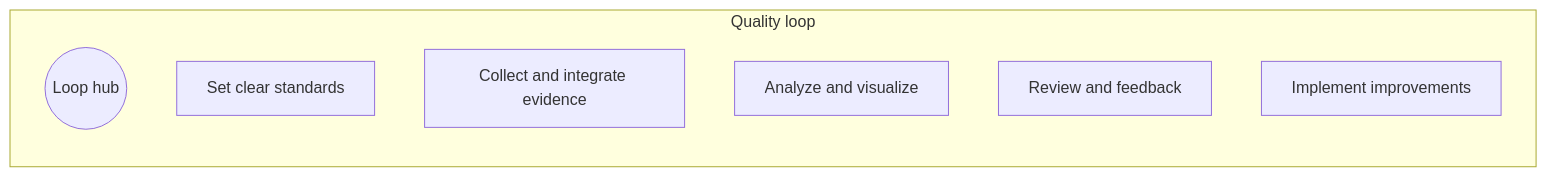
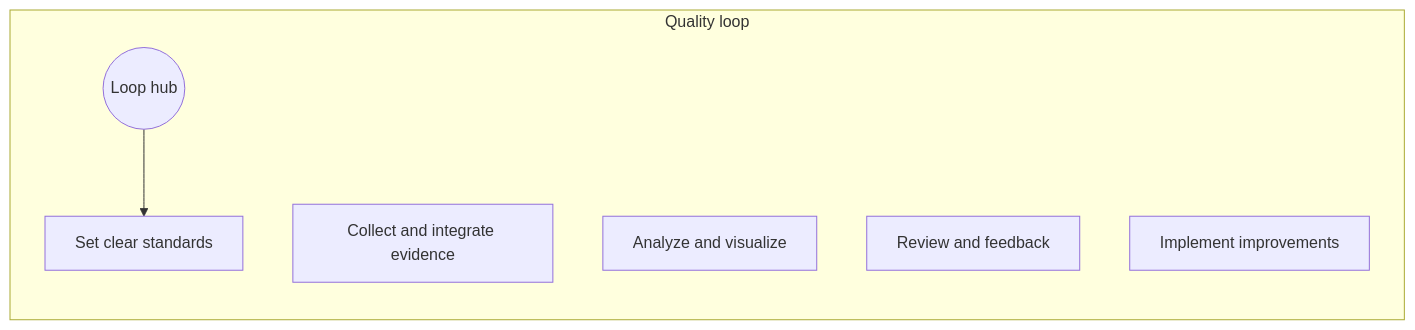
The diagram in index.md (arshah18/arshah18.github.io), drawn with Mermaid before and after one commit.

Commit message:
Work flow test2; ensure Mermaid loads

```diff
--- a/index.md
+++ b/index.md
@@ -76,12 +76,13 @@
 <div class="mermaid">
 flowchart TD
   subgraph Q["Quality loop"]
     direction TB
     Q0((Loop hub))
     S[Set clear standards]
     C[Collect and integrate evidence]
     V[Analyze and visualize]
     R[Review and feedback]
     I[Implement improvements]
+    Q0 --> S
   end
 </div>
```
